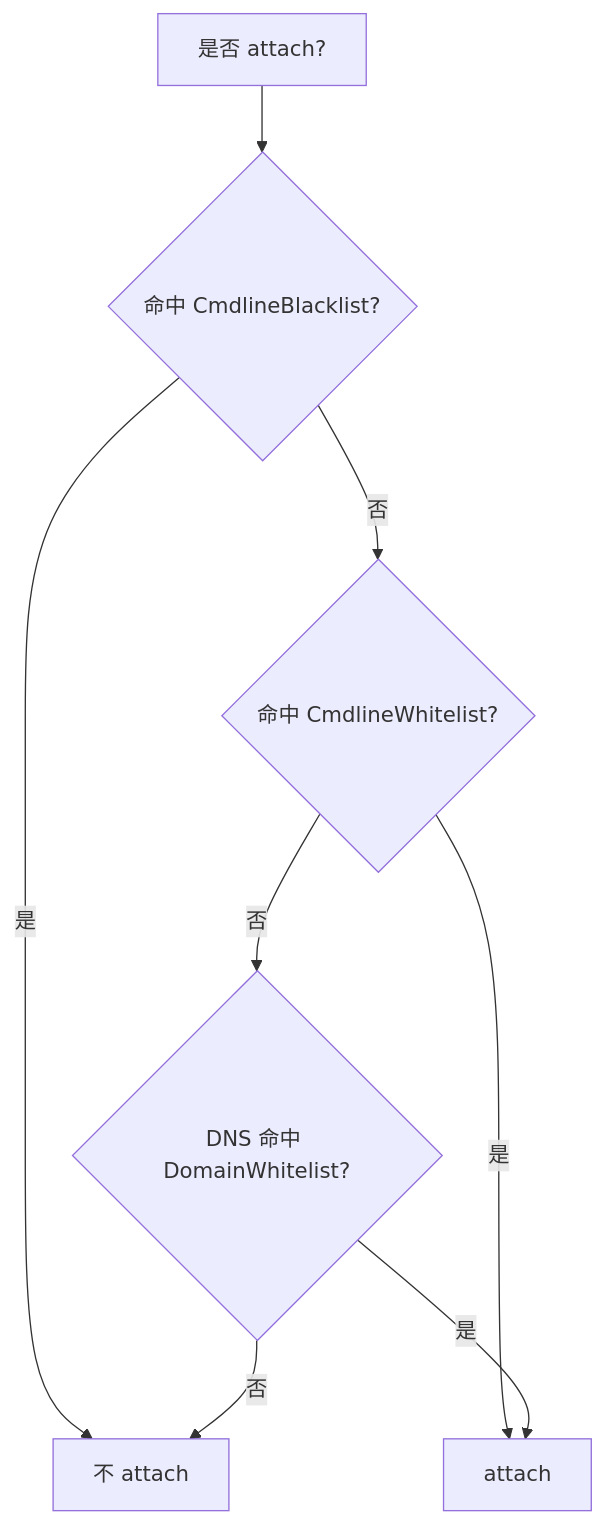
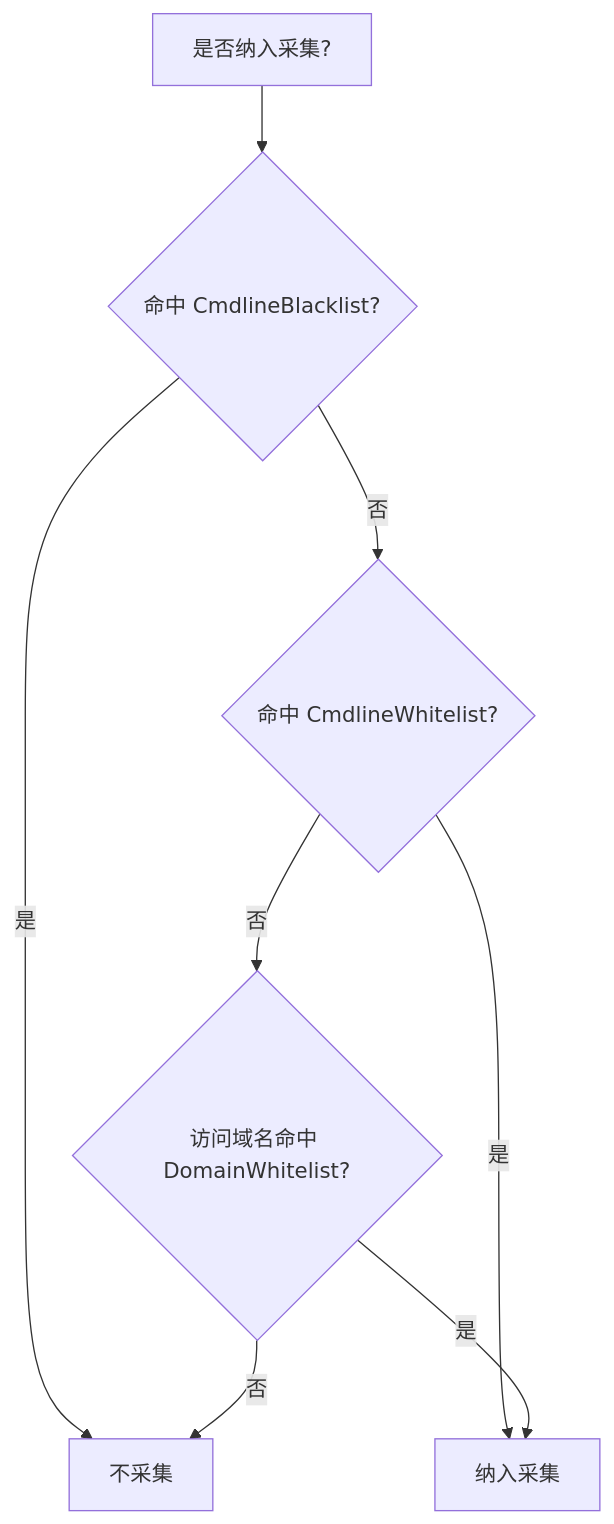
Before and after one commit to alibaba/loongcollector: the diagram in docs/cn/plugins/input/native/input_agentsight.md, drawn with Mermaid. The commit also changed other lines of this file and 2 other files, not shown here.

First line of the commit message:
refactor: update AgentSight domain allow rules and documentation

````diff
--- a/docs/cn/plugins/input/native/input_agentsight.md
+++ b/docs/cn/plugins/input/native/input_agentsight.md
@@ -33,10 +40,10 @@
 ```mermaid
 graph TD
-    A["是否 attach?"] --> B{"命中 CmdlineBlacklist?"}
-    B -->|是| N["不 attach"]
+    A["是否纳入采集?"] --> B{"命中 CmdlineBlacklist?"}
+    B -->|是| N["不采集"]
     B -->|否| C{"命中 CmdlineWhitelist?"}
-    C -->|是| Y["attach"]
-    C -->|否| D{"DNS 命中 DomainWhitelist?"}
+    C -->|是| Y["纳入采集"]
+    C -->|否| D{"访问域名命中 DomainWhitelist?"}
     D -->|是| Y
     D -->|否| N
 ```
````
